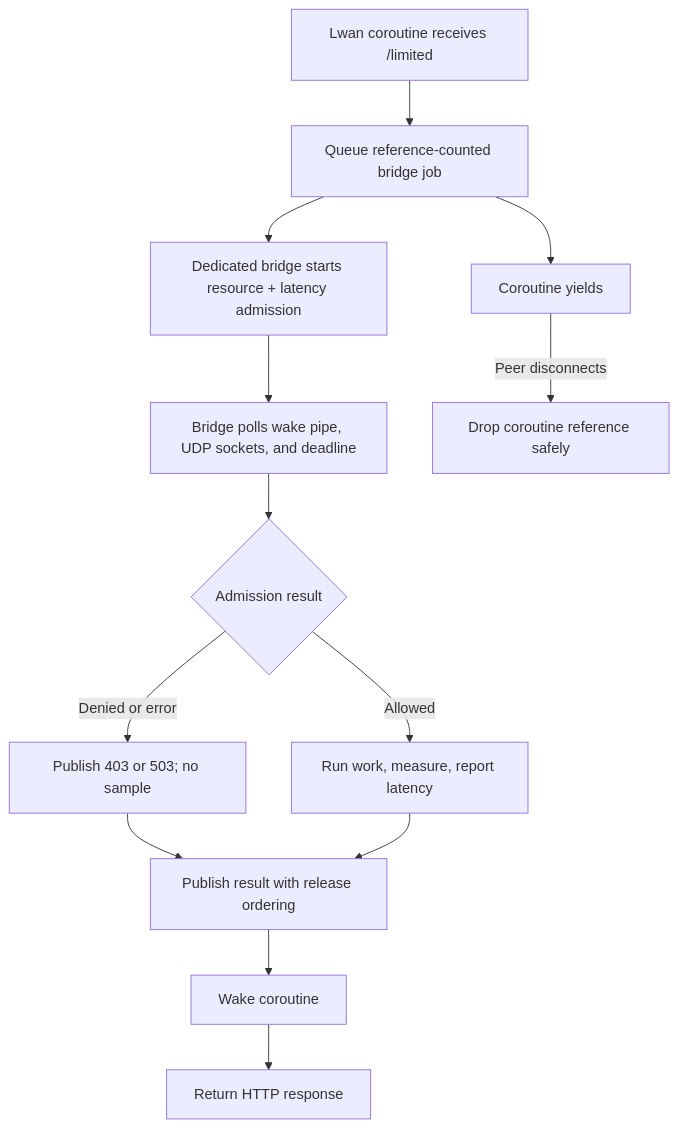
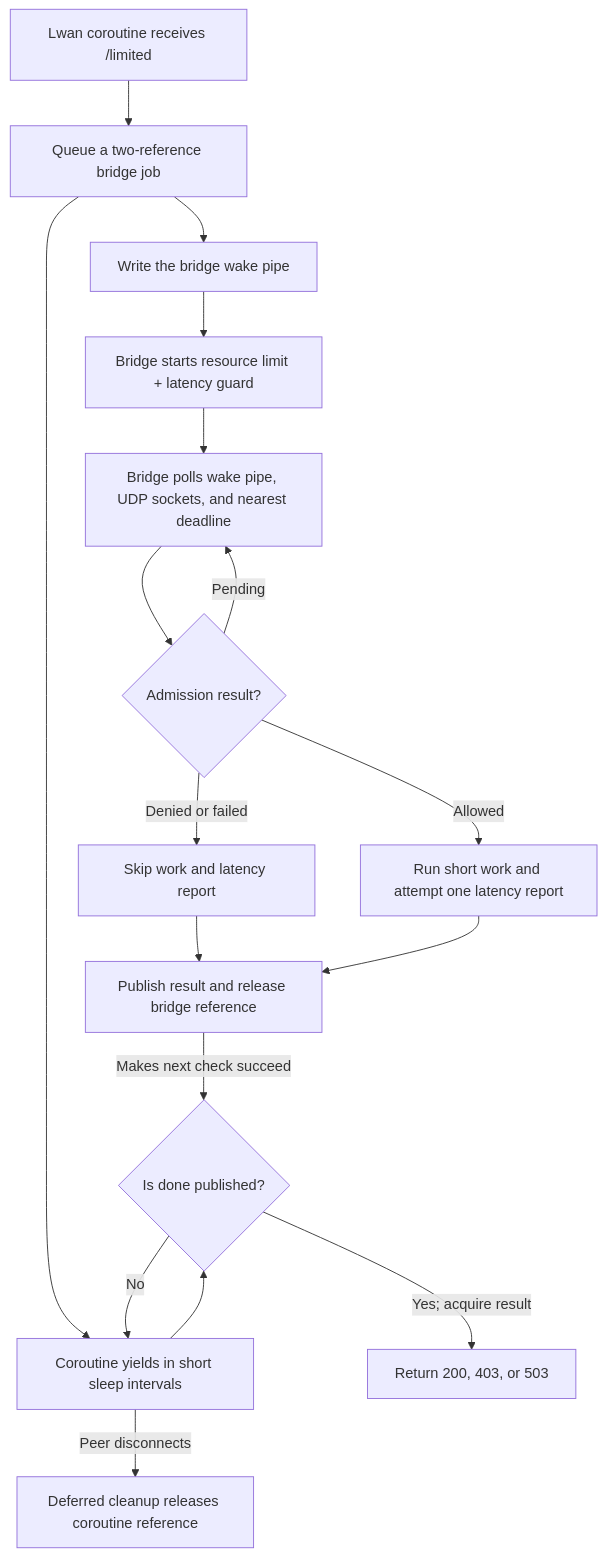
Before and after one commit to ratelimitly-com/rl-c-client: the diagram in examples/lwan/README.md, drawn with Mermaid. The commit also changed other lines of this file, not shown here.

Commit message:
docs(lwan): explain coroutine bridge

````diff
--- a/examples/lwan/README.md
+++ b/examples/lwan/README.md
@@ -15,15 +34,19 @@
 ```mermaid
 flowchart TD
-    Coroutine["Lwan coroutine receives /limited"] --> Queue["Queue reference-counted bridge job"]
-    Queue --> Yield["Coroutine yields"]
-    Queue --> Bridge["Dedicated bridge starts resource + latency admission"]
-    Bridge --> Poll["Bridge polls wake pipe, UDP sockets, and deadline"]
-    Poll --> Decision{"Admission result"}
-    Decision -->|Denied or error| Reject["Publish 403 or 503; no sample"]
-    Decision -->|Allowed| Work["Run work, measure, report latency"]
-    Reject --> Publish["Publish result with release ordering"]
+    Request["Lwan coroutine receives /limited"] --> Queue["Queue a two-reference bridge job"]
+    Queue --> WakeBridge["Write the bridge wake pipe"]
+    Queue --> Sleep["Coroutine yields in short sleep intervals"]
+    WakeBridge --> Start["Bridge starts resource limit + latency guard"]
+    Start --> Poll["Bridge polls wake pipe, UDP sockets, and nearest deadline"]
+    Poll --> Decision{"Admission result?"}
+    Decision -->|Pending| Poll
+    Decision -->|Denied or failed| Reject["Skip work and latency report"]
+    Decision -->|Allowed| Work["Run short work and attempt one latency report"]
+    Reject --> Publish["Publish result and release bridge reference"]
     Work --> Publish
-    Publish --> Wake["Wake coroutine"]
-    Wake --> Response["Return HTTP response"]
-    Yield -->|Peer disconnects| Cleanup["Drop coroutine reference safely"]
+    Sleep --> Observe{"Is done published?"}
+    Observe -->|No| Sleep
+    Publish -->|Makes next check succeed| Observe
+    Observe -->|Yes; acquire result| Response["Return 200, 403, or 503"]
+    Sleep -->|Peer disconnects| Cleanup["Deferred cleanup releases coroutine reference"]
 ```
````
